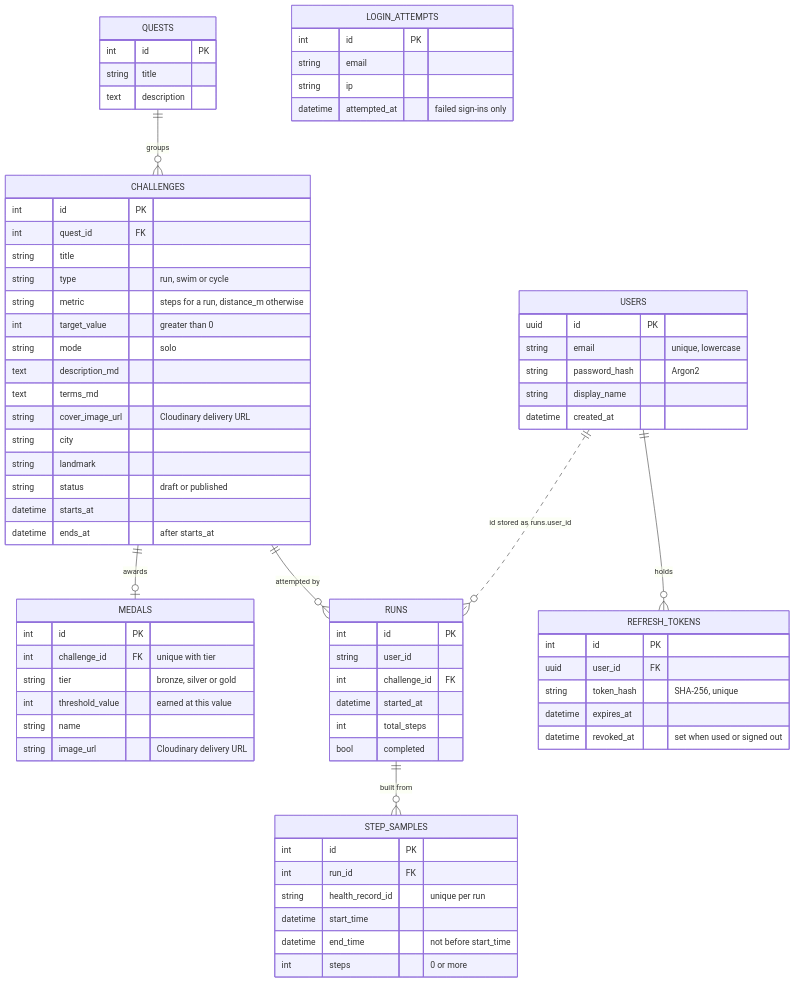
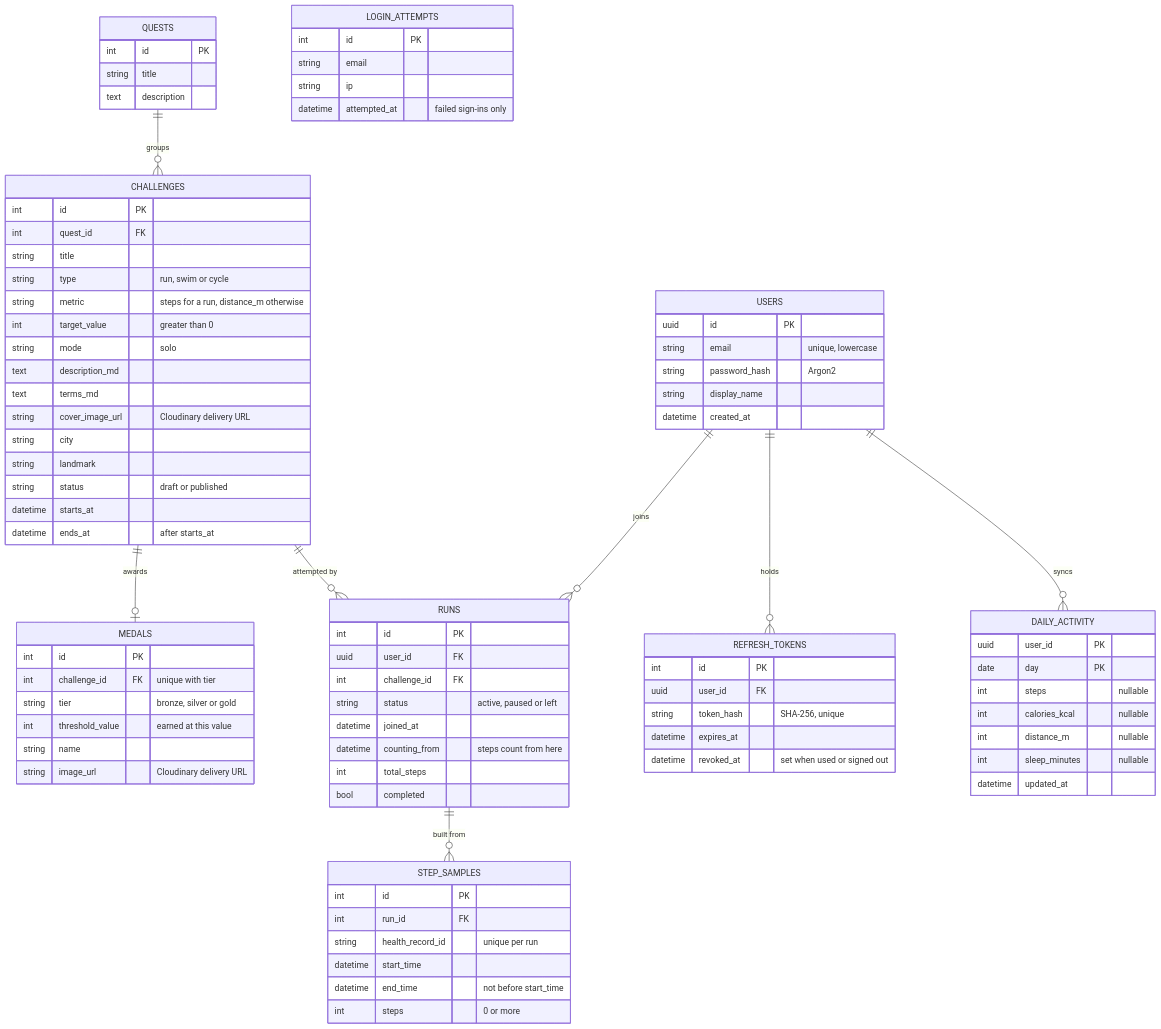
The eighth of 9 diagrams in docs/architecture.md (huynguyennang-agilityio/claude-code-training), drawn with Mermaid before and after one commit. The commit also changed other lines of this file and 19 other files, not shown here.

First line of the commit message:
feat: daily activity sync API (Refs #71)

```diff
--- a/docs/architecture.md
+++ b/docs/architecture.md
@@ -295,7 +295,8 @@
     CHALLENGES ||--o{ RUNS : "attempted by"
     RUNS ||--o{ STEP_SAMPLES : "built from"
     USERS ||--o{ REFRESH_TOKENS : holds
-    USERS ||..o{ RUNS : "id stored as runs.user_id"
+    USERS ||--o{ RUNS : joins
+    USERS ||--o{ DAILY_ACTIVITY : syncs
 
     QUESTS {
         int id PK
@@ -329,11 +330,22 @@
     }
     RUNS {
         int id PK
-        string user_id
+        uuid user_id FK
         int challenge_id FK
-        datetime started_at
+        string status "active, paused or left"
+        datetime joined_at
+        datetime counting_from "steps count from here"
         int total_steps
         bool completed
+    }
+    DAILY_ACTIVITY {
+        uuid user_id PK
+        date day PK
+        int steps "nullable"
+        int calories_kcal "nullable"
+        int distance_m "nullable"
+        int sleep_minutes "nullable"
+        datetime updated_at
     }
     STEP_SAMPLES {
         int id PK
```
